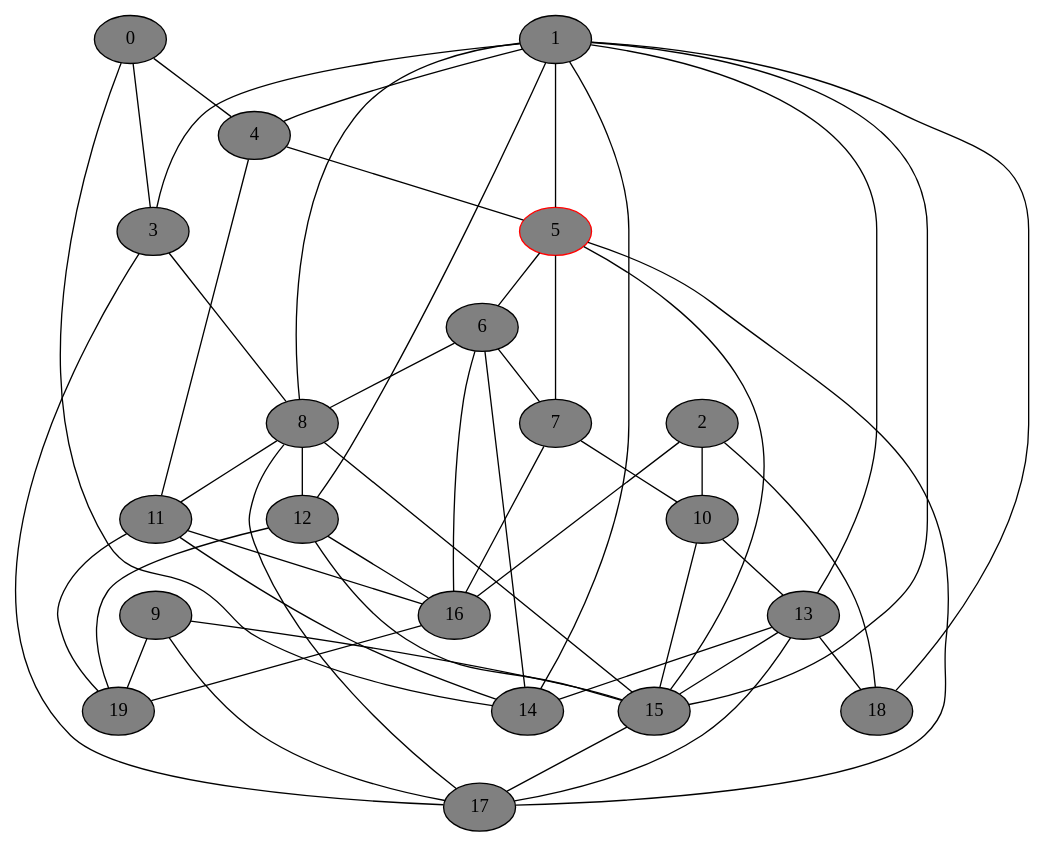
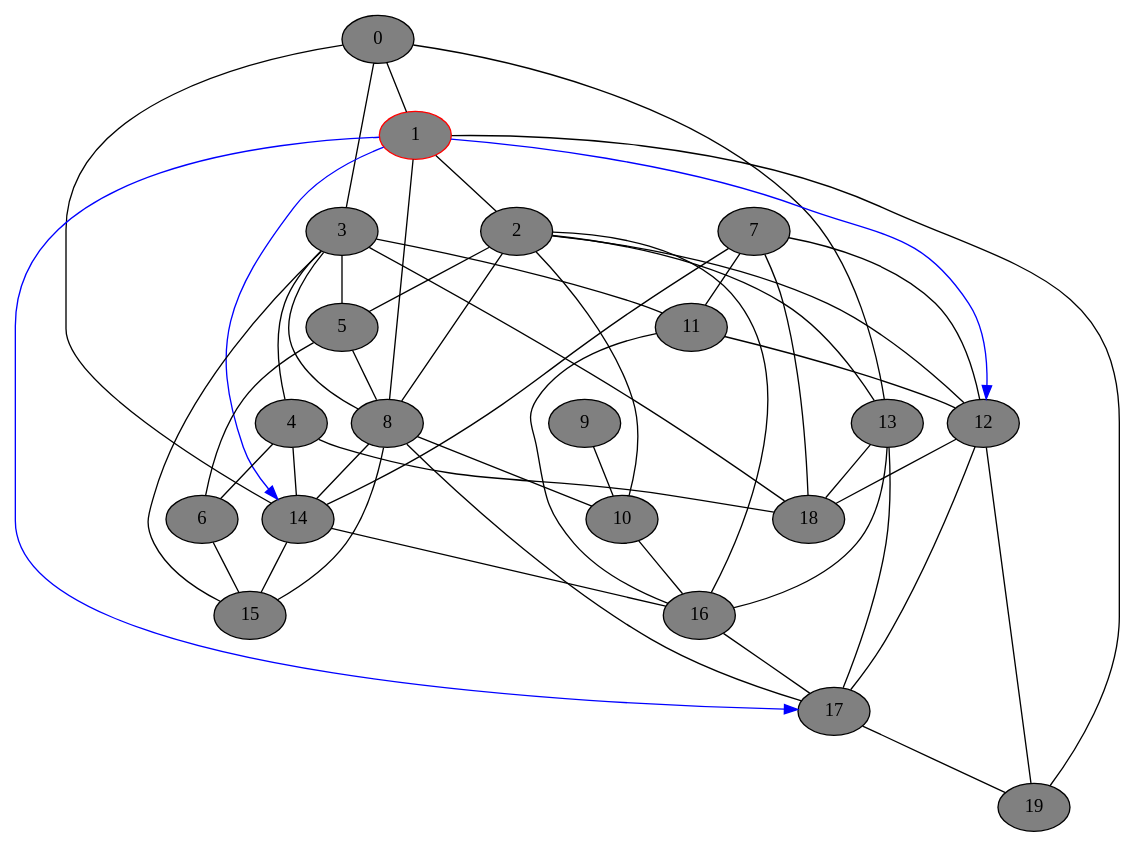
The diagram in gv_graphs/nxt0063.dot (DSMishler/EBA_models), drawn with Graphviz before and after one commit. The commit also changed 387 other files, not shown here.

```diff
--- a/gv_graphs/nxt0063.dot
+++ b/gv_graphs/nxt0063.dot
@@ -1,74 +1,74 @@
 // network test graph
 digraph
 {
 	0 [fillcolor=gray,style=filled,]
-	1 [fillcolor=gray,style=filled,]
+	1 [fillcolor=gray,style=filled,color=red,]
 	2 [fillcolor=gray,style=filled,]
 	3 [fillcolor=gray,style=filled,]
 	4 [fillcolor=gray,style=filled,]
-	5 [fillcolor=gray,style=filled,color=red,]
+	5 [fillcolor=gray,style=filled,]
 	6 [fillcolor=gray,style=filled,]
 	7 [fillcolor=gray,style=filled,]
 	8 [fillcolor=gray,style=filled,]
 	9 [fillcolor=gray,style=filled,]
 	10 [fillcolor=gray,style=filled,]
 	11 [fillcolor=gray,style=filled,]
 	12 [fillcolor=gray,style=filled,]
 	13 [fillcolor=gray,style=filled,]
 	14 [fillcolor=gray,style=filled,]
 	15 [fillcolor=gray,style=filled,]
 	16 [fillcolor=gray,style=filled,]
 	17 [fillcolor=gray,style=filled,]
 	18 [fillcolor=gray,style=filled,]
 	19 [fillcolor=gray,style=filled,]
+	0 -> 1 [dir=none]
 	0 -> 3 [dir=none]
-	0 -> 4 [dir=none]
+	0 -> 13 [dir=none]
 	0 -> 14 [dir=none]
-	1 -> 3 [dir=none]
-	1 -> 4 [dir=none]
-	1 -> 5 [dir=none]
+	1 -> 2 [dir=none]
 	1 -> 8 [dir=none]
-	1 -> 12 [dir=none]
-	1 -> 13 [dir=none]
-	1 -> 14 [dir=none]
-	1 -> 15 [dir=none]
-	1 -> 18 [dir=none]
+	1 -> 12 [dir=forward,color=blue,]
+	1 -> 14 [dir=forward,color=blue,]
+	1 -> 17 [dir=forward,color=blue,]
+	1 -> 19 [dir=none]
+	2 -> 5 [dir=none]
+	2 -> 8 [dir=none]
 	2 -> 10 [dir=none]
+	2 -> 12 [dir=none]
+	2 -> 13 [dir=none]
 	2 -> 16 [dir=none]
-	2 -> 18 [dir=none]
+	3 -> 4 [dir=none]
+	3 -> 5 [dir=none]
 	3 -> 8 [dir=none]
-	3 -> 17 [dir=none]
-	4 -> 5 [dir=none]
-	4 -> 11 [dir=none]
+	3 -> 11 [dir=none]
+	3 -> 15 [dir=none]
+	3 -> 18 [dir=none]
+	4 -> 6 [dir=none]
+	4 -> 14 [dir=none]
+	4 -> 18 [dir=none]
 	5 -> 6 [dir=none]
-	5 -> 7 [dir=none]
-	5 -> 15 [dir=none]
-	5 -> 17 [dir=none]
-	6 -> 7 [dir=none]
-	6 -> 8 [dir=none]
-	6 -> 14 [dir=none]
-	6 -> 16 [dir=none]
-	7 -> 10 [dir=none]
-	7 -> 16 [dir=none]
-	8 -> 11 [dir=none]
-	8 -> 12 [dir=none]
+	5 -> 8 [dir=none]
+	6 -> 15 [dir=none]
+	7 -> 11 [dir=none]
+	7 -> 12 [dir=none]
+	7 -> 14 [dir=none]
+	7 -> 18 [dir=none]
+	8 -> 10 [dir=none]
+	8 -> 14 [dir=none]
 	8 -> 15 [dir=none]
 	8 -> 17 [dir=none]
-	9 -> 15 [dir=none]
-	9 -> 17 [dir=none]
-	9 -> 19 [dir=none]
-	10 -> 13 [dir=none]
-	10 -> 15 [dir=none]
-	11 -> 14 [dir=none]
+	9 -> 10 [dir=none]
+	10 -> 16 [dir=none]
+	11 -> 12 [dir=none]
 	11 -> 16 [dir=none]
-	11 -> 19 [dir=none]
-	12 -> 15 [dir=none]
-	12 -> 16 [dir=none]
+	12 -> 17 [dir=none]
+	12 -> 18 [dir=none]
 	12 -> 19 [dir=none]
-	13 -> 14 [dir=none]
-	13 -> 15 [dir=none]
+	13 -> 16 [dir=none]
 	13 -> 17 [dir=none]
 	13 -> 18 [dir=none]
-	15 -> 17 [dir=none]
-	16 -> 19 [dir=none]
+	14 -> 15 [dir=none]
+	14 -> 16 [dir=none]
+	16 -> 17 [dir=none]
+	17 -> 19 [dir=none]
 }
```
